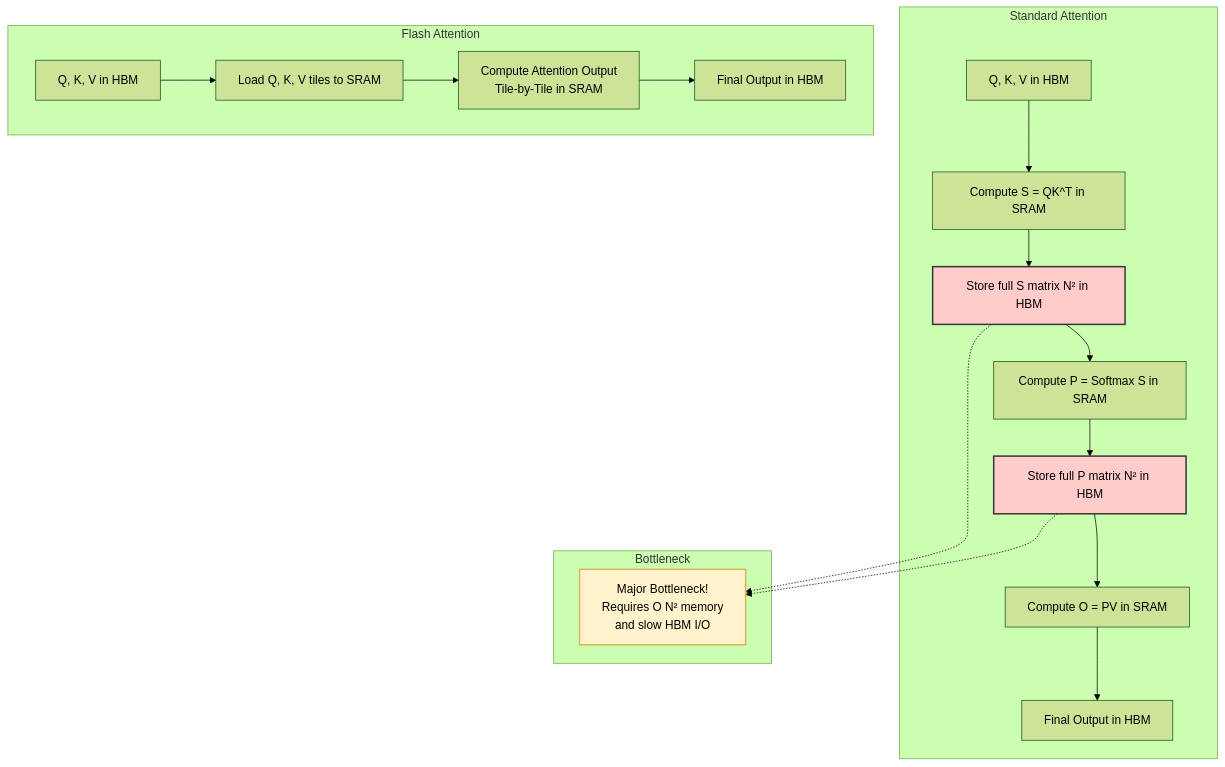
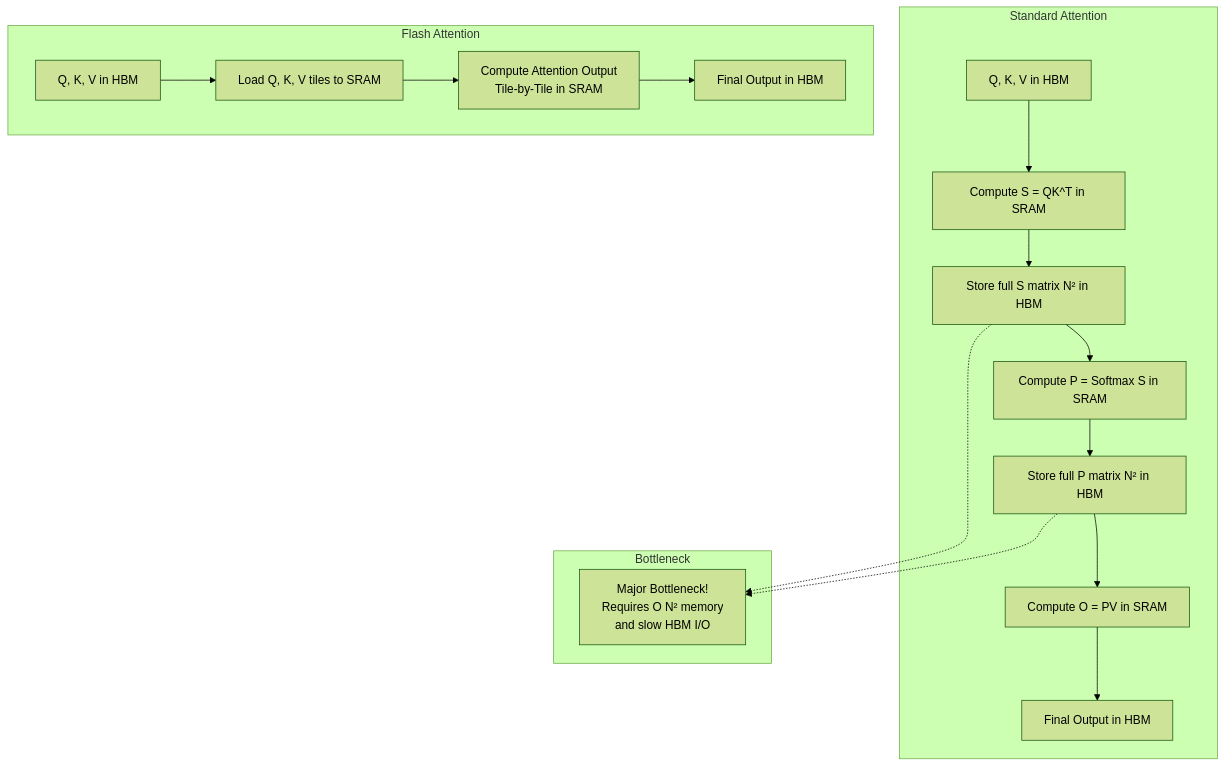
Before and after one commit to harimkang/ai-engineer-guide: the diagram in docs/4-대규모-언어-모델-llm/4-1-트랜스포머-심화/memory-and-speed-optimization.md, drawn with Mermaid (forest theme). The commit also changed 45 other files, not shown here.

````diff
--- a/docs/4-대규모-언어-모델-llm/4-1-트랜스포머-심화/memory-and-speed-optimization.md
+++ b/docs/4-대규모-언어-모델-llm/4-1-트랜스포머-심화/memory-and-speed-optimization.md
@@ -42,28 +42,24 @@
 ```mermaid
 graph TD
     subgraph "Standard Attention"
         HBM_IN[Q, K, V in HBM] --> SRAM_CALC[Compute S = QK^T in SRAM]
         SRAM_CALC --> HBM_S[Store full S matrix N² in HBM]
         HBM_S --> SRAM_P[Compute P = Softmax S in SRAM]
         SRAM_P --> HBM_P[Store full P matrix N² in HBM]
         HBM_P --> SRAM_O[Compute O = PV in SRAM]
         SRAM_O --> HBM_OUT[Final Output in HBM]
     end
 
     subgraph "Flash Attention"
         HBM_IN_F[Q, K, V in HBM] --> SRAM_TILES[Load Q, K, V tiles to SRAM]
         SRAM_TILES --> SRAM_CALC_F[Compute Attention Output<br/>Tile-by-Tile in SRAM]
         SRAM_CALC_F --> HBM_OUT_F[Final Output in HBM]
     end
 
     subgraph "Bottleneck"
         BOTTLENECK[Major Bottleneck!<br/>Requires O N² memory<br/>and slow HBM I/O]
     end
 
     HBM_S -.-> BOTTLENECK
     HBM_P -.-> BOTTLENECK
-
-    style HBM_S fill:#ffcccc,stroke:#333,stroke-width:2px
-    style HBM_P fill:#ffcccc,stroke:#333,stroke-width:2px
-    style BOTTLENECK fill:#fff2cc,stroke:#d6b656,stroke-width:2px
 ```
````
